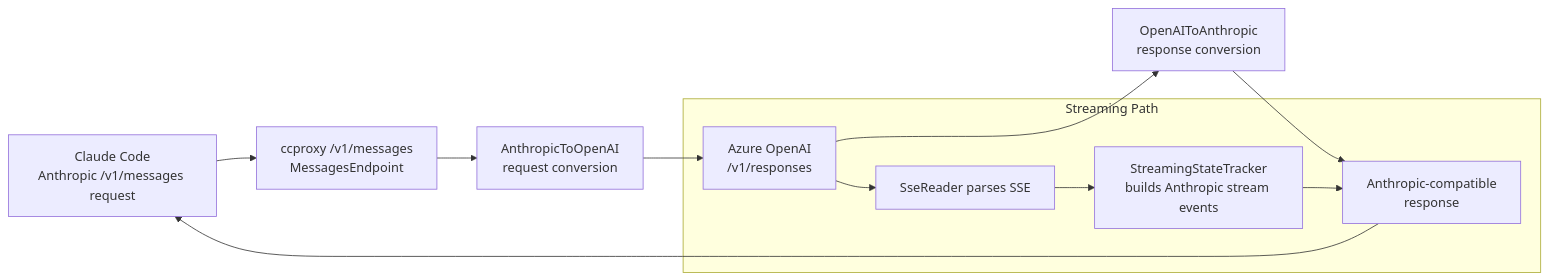
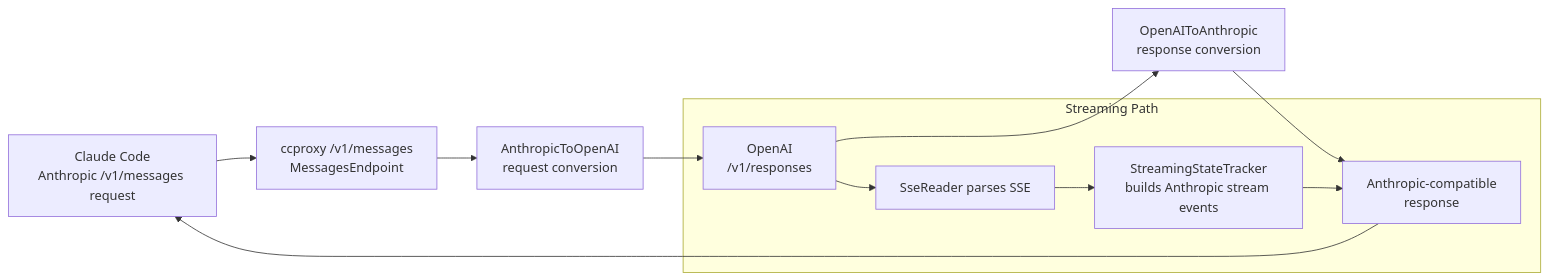
The diagram in README.md (worndown/ccproxy), drawn with Mermaid before and after one commit. The commit also changed other lines of this file and 9 other files, not shown here.

````diff
--- a/README.md
+++ b/README.md
@@ -50,19 +81,19 @@
 ```mermaid
 flowchart LR
     CC[Claude Code</br>Anthropic /v1/messages request]
     EP[ccproxy /v1/messages</br>MessagesEndpoint]
     A2O[AnthropicToOpenAI</br>request conversion]
-    AZ[Azure OpenAI</br>/v1/responses]
+    AZ[OpenAI</br>/v1/responses]
     O2A[OpenAIToAnthropic</br>response conversion]
     RESP[Anthropic-compatible</br>response]
 
     CC --> EP --> A2O --> AZ --> O2A --> RESP
 
     subgraph Streaming Path
         SSE[SseReader parses SSE]
         SST[StreamingStateTracker</br>builds Anthropic stream events]
         AZ --> SSE --> SST --> RESP
     end
 
     RESP --> CC
 ```
````
